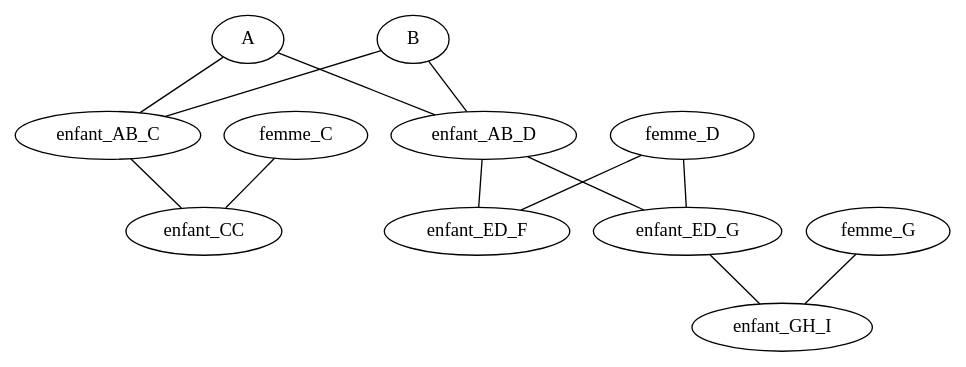
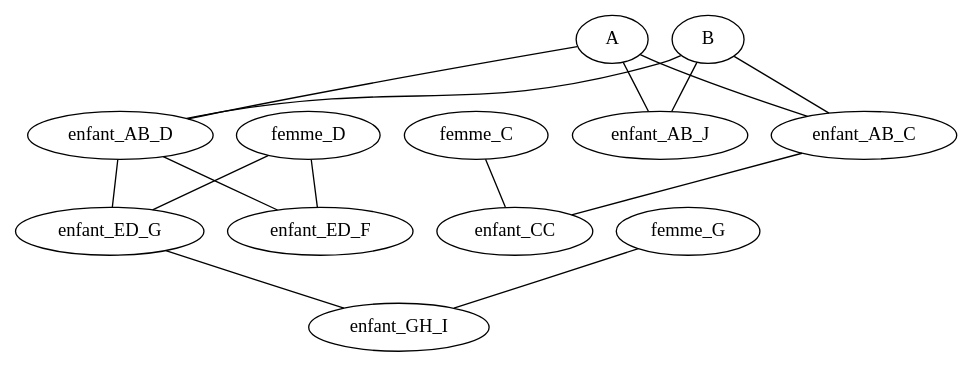
The diagram in l3-----scrooge-mcduck/graph.dot (H0rowitz/genealogy-tree-management-library), drawn with Graphviz before and after one commit. The commit also changed 9 other files, not shown here.

```diff
--- a/l3-----scrooge-mcduck/graph.dot
+++ b/l3-----scrooge-mcduck/graph.dot
@@ -1,14 +1,16 @@
 graph {
 	A -- enfant_AB_C;
 	A -- enfant_AB_D;
+	A -- enfant_AB_J;
 	B -- enfant_AB_C;
 	B -- enfant_AB_D;
+	B -- enfant_AB_J;
 	enfant_AB_C -- enfant_CC;
 	enfant_AB_D -- enfant_ED_F;
 	enfant_AB_D -- enfant_ED_G;
 	femme_C -- enfant_CC;
 	femme_D -- enfant_ED_F;
 	femme_D -- enfant_ED_G;
 	enfant_ED_G -- enfant_GH_I;
 	femme_G -- enfant_GH_I;
 }
```
